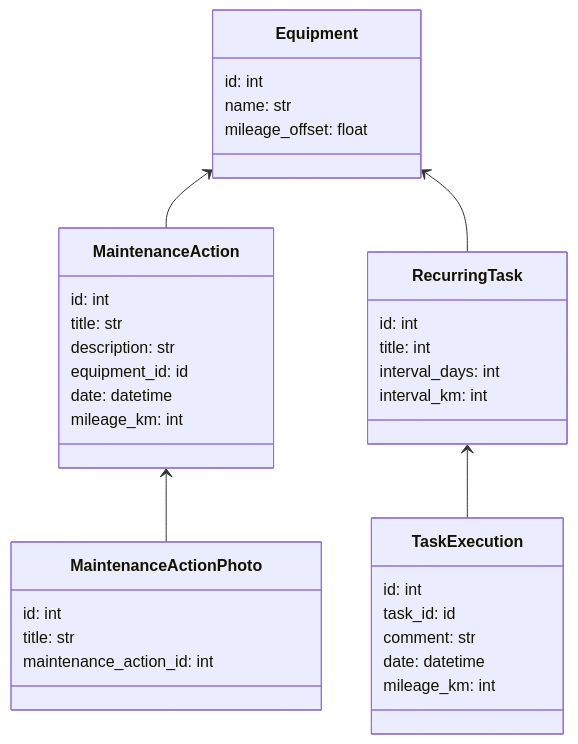
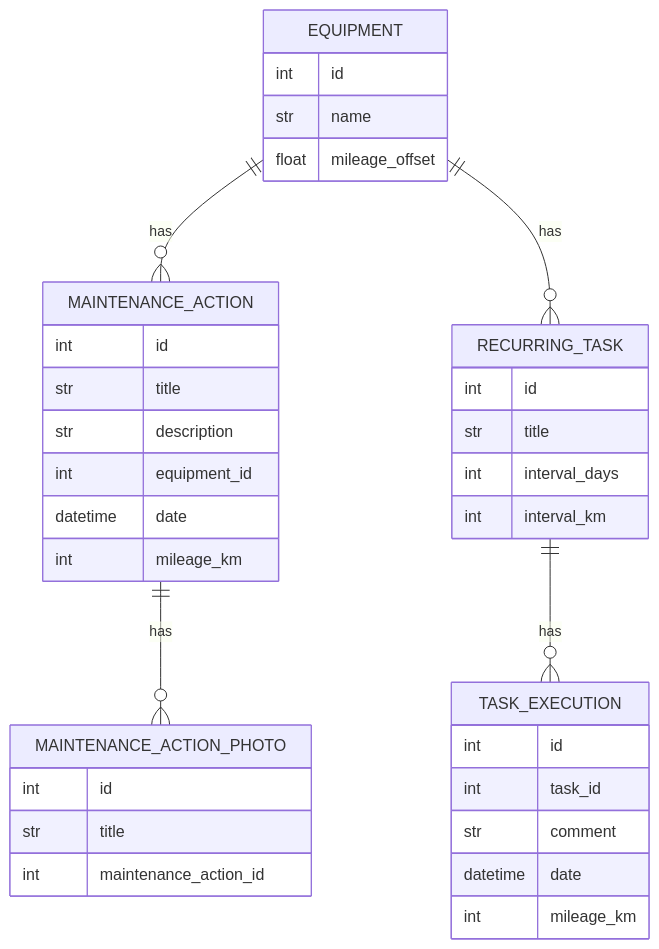
One commit to martin-ueding/geo-activity-playground changed the diagram in docs/bike-maintenance-tracker.md. Above: the diagram before and after it, drawn with Mermaid.

Commit message:
docs: use erdiagram

````diff
--- a/docs/bike-maintenance-tracker.md
+++ b/docs/bike-maintenance-tracker.md
@@ -18,40 +18,39 @@
 ```mermaid
-classDiagram
-    class Equipment {
-        id: int
-        name: str
-        mileage_offset: float
+erDiagram
+    EQUIPMENT {
+        int id
+        str name
+        float mileage_offset
     }
-    class MaintenanceAction {
-        id: int
-        title: str
-        description: str
-        equipment_id: id
-        date: datetime
-        mileage_km: int
+    MAINTENANCE_ACTION {
+        int id
+        str title
+        str description
+        int equipment_id
+        datetime date
+        int mileage_km
     }
-    class MaintenanceActionPhoto {
-        id: int
-        title: str
-        maintenance_action_id: int
+    MAINTENANCE_ACTION_PHOTO {
+        int id
+        str title
+        int maintenance_action_id
     }
-    class RecurringTask {
-        id: int
-        title: int
-        interval_days: int
-        interval_km: int
+    RECURRING_TASK {
+        int id
+        str title
+        int interval_days
+        int interval_km
     }
-    class TaskExecution {
-        id: int
-        task_id: id
-        comment: str
-        date: datetime
-        mileage_km: int
+    TASK_EXECUTION {
+        int id
+        int task_id
+        str comment
+        datetime date
+        int mileage_km
     }
 
-    Equipment <-- MaintenanceAction
-    MaintenanceAction <-- MaintenanceActionPhoto
-    Equipment <-- RecurringTask
-    RecurringTask <-- TaskExecution
-
+    EQUIPMENT ||--o{ MAINTENANCE_ACTION : has
+    MAINTENANCE_ACTION ||--o{ MAINTENANCE_ACTION_PHOTO : has
+    EQUIPMENT ||--o{ RECURRING_TASK : has
+    RECURRING_TASK ||--o{ TASK_EXECUTION : has
 ```
````
